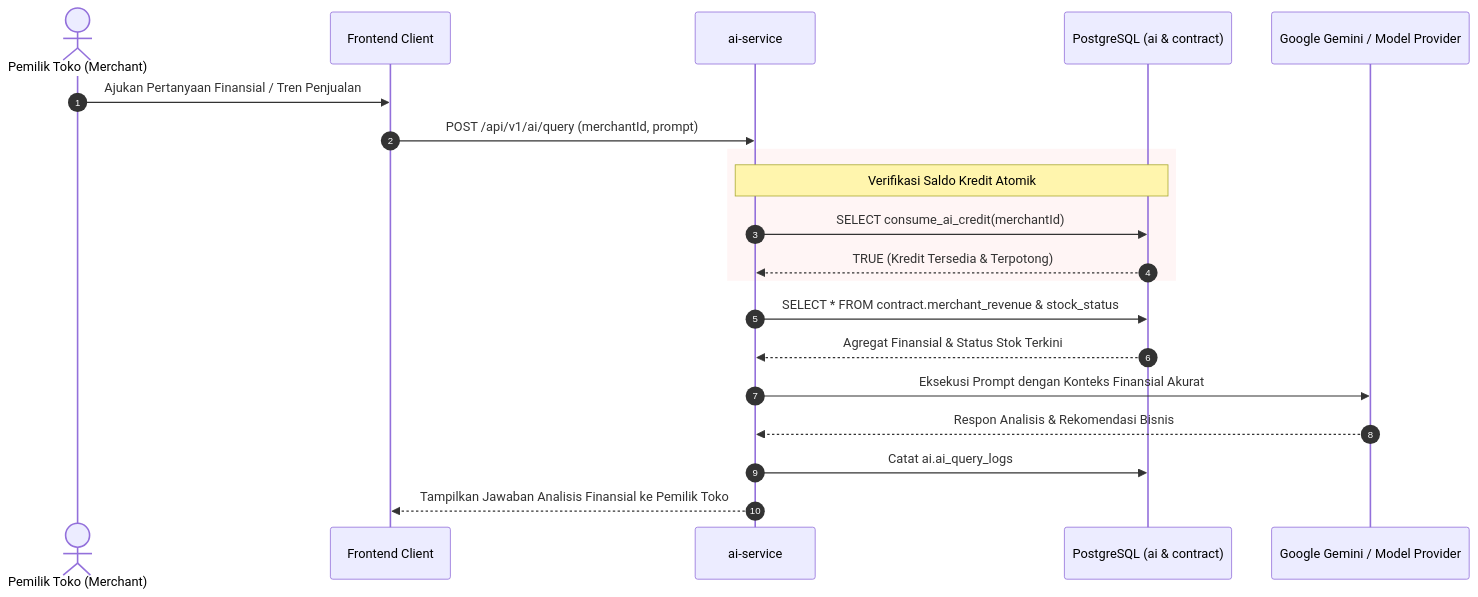
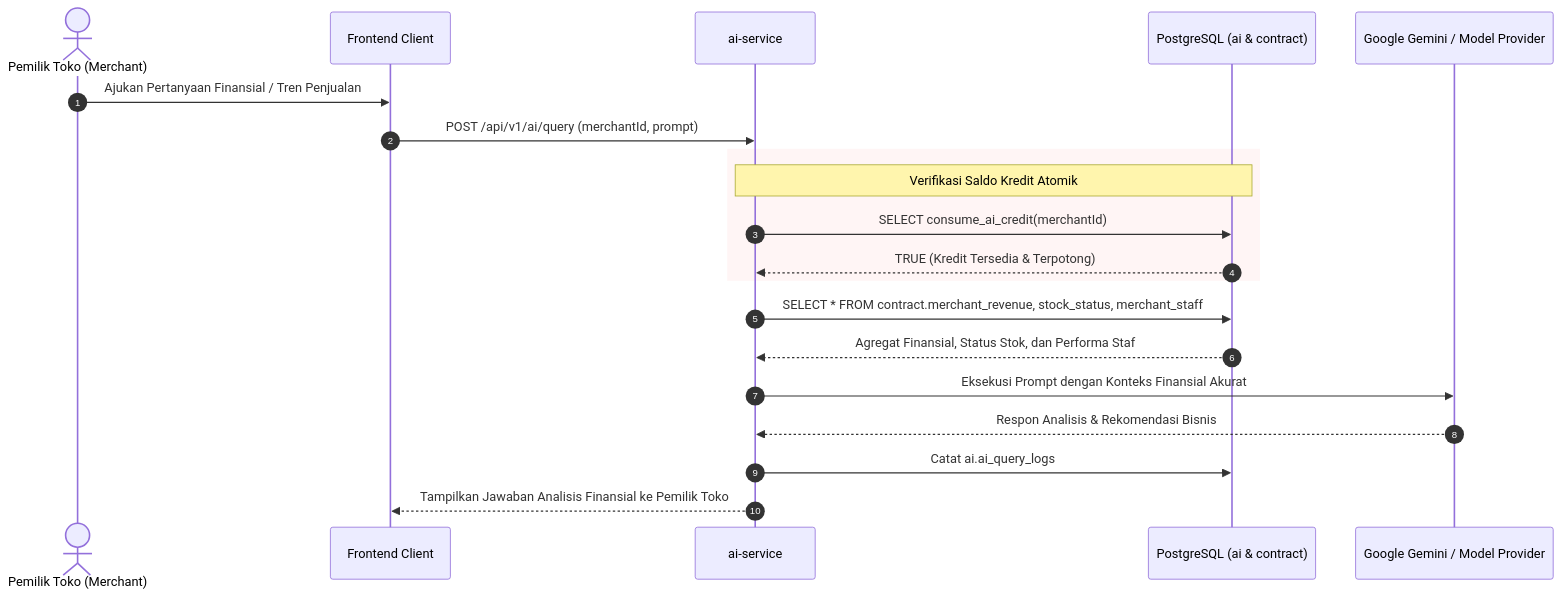
One commit to slaks37/kasir-newhope changed the third of 3 diagrams in Dokumentasi.md. Above: the diagram before and after it, drawn with Mermaid. The commit also changed other lines of this file and 3 other files, not shown here.

````diff
--- a/Dokumentasi.md
+++ b/Dokumentasi.md
@@ -159,27 +163,27 @@
 ```mermaid
 sequenceDiagram
     autonumber
     actor Owner as Pemilik Toko (Merchant)
     participant FE as Frontend Client
     participant AI as ai-service
     participant DB as PostgreSQL (ai & contract)
     participant LLM as Google Gemini / Model Provider
 
     Owner->>FE: Ajukan Pertanyaan Finansial / Tren Penjualan
     FE->>AI: POST /api/v1/ai/query (merchantId, prompt)
     
     rect rgb(255, 245, 245)
         Note over AI, DB: Verifikasi Saldo Kredit Atomik
         AI->>DB: SELECT consume_ai_credit(merchantId)
         DB-->>AI: TRUE (Kredit Tersedia & Terpotong)
     end
 
-    AI->>DB: SELECT * FROM contract.merchant_revenue & stock_status
-    DB-->>AI: Agregat Finansial & Status Stok Terkini
+    AI->>DB: SELECT * FROM contract.merchant_revenue, stock_status, merchant_staff
+    DB-->>AI: Agregat Finansial, Status Stok, dan Performa Staf
     
     AI->>LLM: Eksekusi Prompt dengan Konteks Finansial Akurat
     LLM-->>AI: Respon Analisis & Rekomendasi Bisnis
     
     AI->>DB: Catat ai.ai_query_logs
     AI-->>FE: Tampilkan Jawaban Analisis Finansial ke Pemilik Toko
 ```
````
